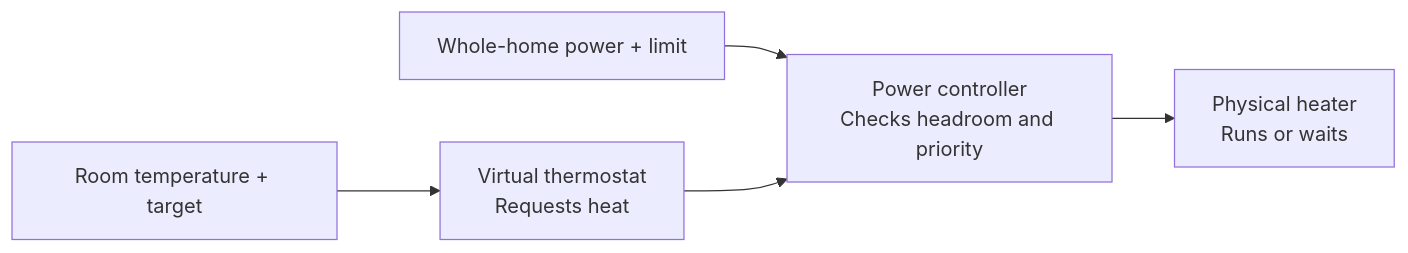
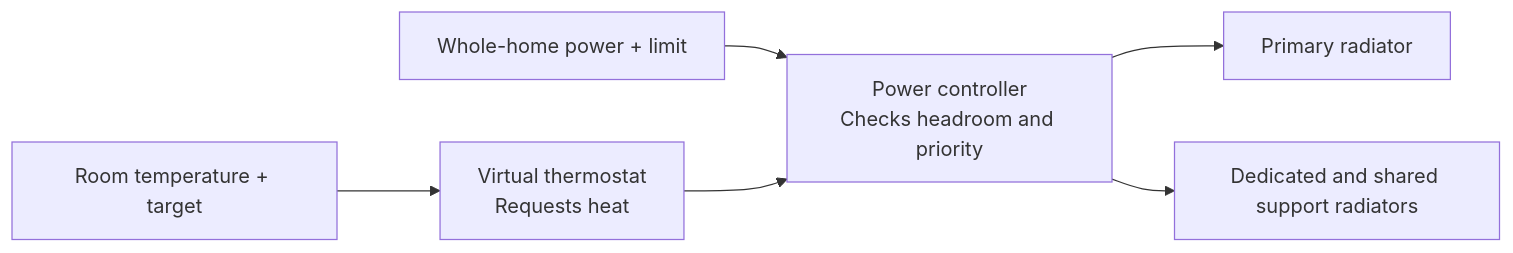
Before and after one commit to martin05mlg/Home-Assistant-Power-Heating-Controller: the diagram in README.md, drawn with Mermaid. The commit also changed other lines of this file and 13 other files, not shown here.

Commit message:
Add dedicated and shared radiator control for version 2.2.0

````diff
--- a/README.md
+++ b/README.md
@@ -18,7 +18,8 @@
 ```mermaid
 flowchart LR
     A["Room temperature + target"] --> B["Virtual thermostat<br/>Requests heat"]
     C["Whole-home power + limit"] --> D["Power controller<br/>Checks headroom and priority"]
     B --> D
-    D --> E["Physical heater<br/>Runs or waits"]
+    D --> E["Primary radiator"]
+    D --> F["Dedicated and shared support radiators"]
 ```
````
